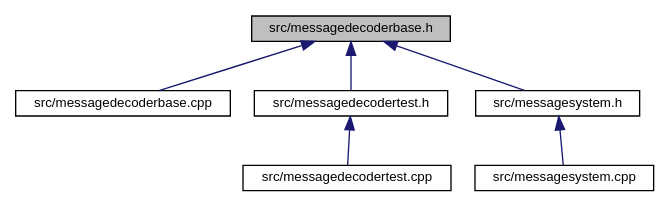
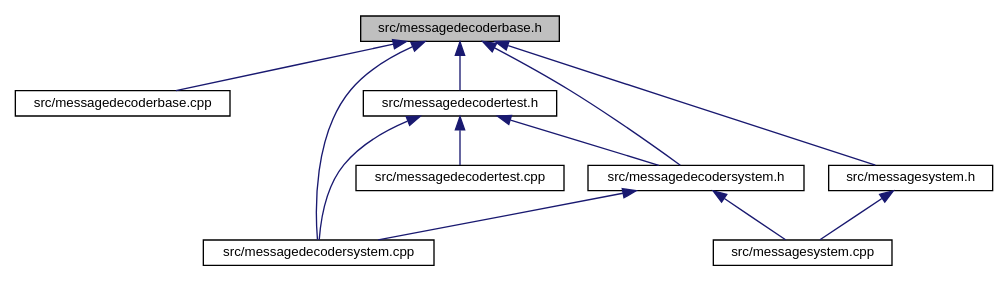
One commit to fvolcic/fvolcic.github.io changed the diagram in messagedecoderbase_8h__dep__incl.dot. Above: the diagram before and after it, drawn with Graphviz. The commit also changed 130 other files, not shown here.

```diff
--- a/messagedecoderbase_8h__dep__incl.dot
+++ b/messagedecoderbase_8h__dep__incl.dot
@@ -1,17 +1,25 @@
 digraph "src/messagedecoderbase.h"
 {
  // LATEX_PDF_SIZE
   edge [fontname="Helvetica",fontsize="10",labelfontname="Helvetica",labelfontsize="10"];
   node [fontname="Helvetica",fontsize="10",shape=record];
   Node1 [label="src/messagedecoderbase.h",height=0.2,width=0.4,color="black", fillcolor="grey75", style="filled", fontcolor="black",tooltip="This file contains information regaurding the base class message parser."];
   Node1 -> Node2 [dir="back",color="midnightblue",fontsize="10",style="solid",fontname="Helvetica"];
   Node2 [label="src/messagedecoderbase.cpp",height=0.2,width=0.4,color="black", fillcolor="white", style="filled",URL="$messagedecoderbase_8cpp.html",tooltip=" "];
   Node1 -> Node3 [dir="back",color="midnightblue",fontsize="10",style="solid",fontname="Helvetica"];
-  Node3 [label="src/messagedecodertest.h",height=0.2,width=0.4,color="black", fillcolor="white", style="filled",URL="$messagedecodertest_8h_source.html",tooltip=" "];
-  Node3 -> Node4 [dir="back",color="midnightblue",fontsize="10",style="solid",fontname="Helvetica"];
-  Node4 [label="src/messagedecodertest.cpp",height=0.2,width=0.4,color="black", fillcolor="white", style="filled",URL="$messagedecodertest_8cpp.html",tooltip="File contains an example message decoder."];
-  Node1 -> Node5 [dir="back",color="midnightblue",fontsize="10",style="solid",fontname="Helvetica"];
-  Node5 [label="src/messagesystem.h",height=0.2,width=0.4,color="black", fillcolor="white", style="filled",URL="$messagesystem_8h.html",tooltip="This is where all the different components of the message system come together to work."];
-  Node5 -> Node6 [dir="back",color="midnightblue",fontsize="10",style="solid",fontname="Helvetica"];
-  Node6 [label="src/messagesystem.cpp",height=0.2,width=0.4,color="black", fillcolor="white", style="filled",URL="$messagesystem_8cpp.html",tooltip="File containing information regaurding the message system implmenentaiton."];
+  Node3 [label="src/messagedecodersystem.cpp",height=0.2,width=0.4,color="black", fillcolor="white", style="filled",URL="$messagedecodersystem_8cpp.html",tooltip="Message decoder implementation."];
+  Node1 -> Node4 [dir="back",color="midnightblue",fontsize="10",style="solid",fontname="Helvetica"];
+  Node4 [label="src/messagedecodersystem.h",height=0.2,width=0.4,color="black", fillcolor="white", style="filled",URL="$messagedecodersystem_8h.html",tooltip="This file outlines the functions that are available for message decoding."];
+  Node4 -> Node3 [dir="back",color="midnightblue",fontsize="10",style="solid",fontname="Helvetica"];
+  Node4 -> Node5 [dir="back",color="midnightblue",fontsize="10",style="solid",fontname="Helvetica"];
+  Node5 [label="src/messagesystem.cpp",height=0.2,width=0.4,color="black", fillcolor="white", style="filled",URL="$messagesystem_8cpp.html",tooltip="File containing information regaurding the message system implmenentaiton."];
+  Node1 -> Node6 [dir="back",color="midnightblue",fontsize="10",style="solid",fontname="Helvetica"];
+  Node6 [label="src/messagedecodertest.h",height=0.2,width=0.4,color="black", fillcolor="white", style="filled",URL="$messagedecodertest_8h_source.html",tooltip=" "];
+  Node6 -> Node4 [dir="back",color="midnightblue",fontsize="10",style="solid",fontname="Helvetica"];
+  Node6 -> Node3 [dir="back",color="midnightblue",fontsize="10",style="solid",fontname="Helvetica"];
+  Node6 -> Node7 [dir="back",color="midnightblue",fontsize="10",style="solid",fontname="Helvetica"];
+  Node7 [label="src/messagedecodertest.cpp",height=0.2,width=0.4,color="black", fillcolor="white", style="filled",URL="$messagedecodertest_8cpp.html",tooltip="File contains an example message decoder."];
+  Node1 -> Node8 [dir="back",color="midnightblue",fontsize="10",style="solid",fontname="Helvetica"];
+  Node8 [label="src/messagesystem.h",height=0.2,width=0.4,color="black", fillcolor="white", style="filled",URL="$messagesystem_8h.html",tooltip="This is where all the different components of the message system come together to work."];
+  Node8 -> Node5 [dir="back",color="midnightblue",fontsize="10",style="solid",fontname="Helvetica"];
 }
```
